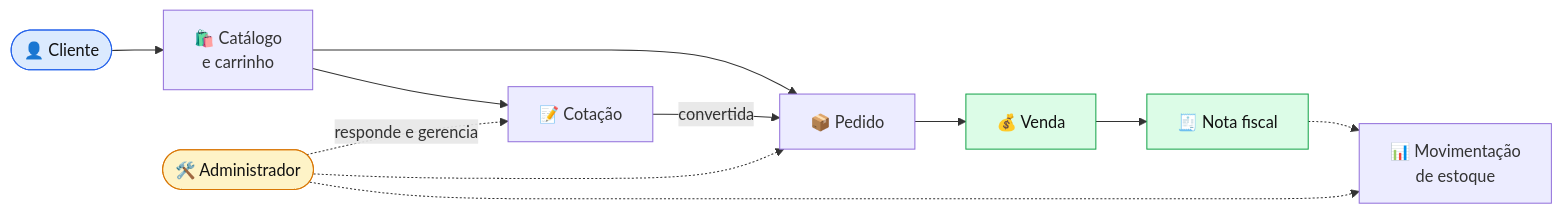
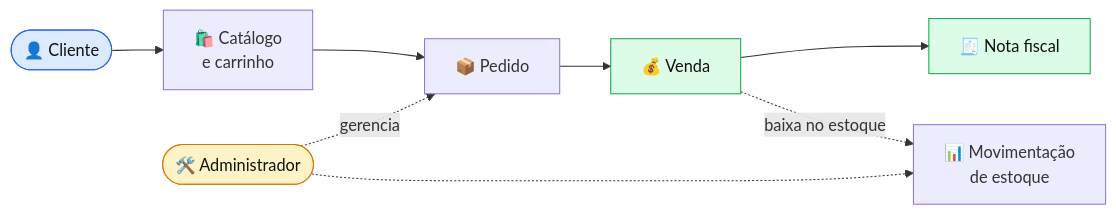
The first of 9 diagrams in README.md (Protagonistas-ADS/PI-2), drawn with Mermaid before and after one commit. The commit also changed other lines of this file, not shown here.

Commit message:
docs: atualizar textos que mencionavam cotação

````diff
--- a/README.md
+++ b/README.md
@@ -127,18 +127,15 @@
 ```mermaid
 flowchart LR
     A(["👤 Cliente"]) --> B["🛍️ Catálogo<br/>e carrinho"]
-    B --> C["📝 Cotação"]
     B --> D["📦 Pedido"]
-    C -- "convertida" --> D
     D --> E["💰 Venda"]
     E --> F["🧾 Nota fiscal"]
-    F -.-> G["📊 Movimentação<br/>de estoque"]
-    H(["🛠️ Administrador"]) -. "responde e gerencia" .-> C
-    H -.-> D
+    E -. "baixa no estoque" .-> G["📊 Movimentação<br/>de estoque"]
+    H(["🛠️ Administrador"]) -. "gerencia" .-> D
     H -.-> G
 
     style A fill:#dbeafe,stroke:#2563eb,color:#111
     style H fill:#fef3c7,stroke:#d97706,color:#111
     style E fill:#dcfce7,stroke:#16a34a,color:#111
     style F fill:#dcfce7,stroke:#16a34a,color:#111
 ```
````
